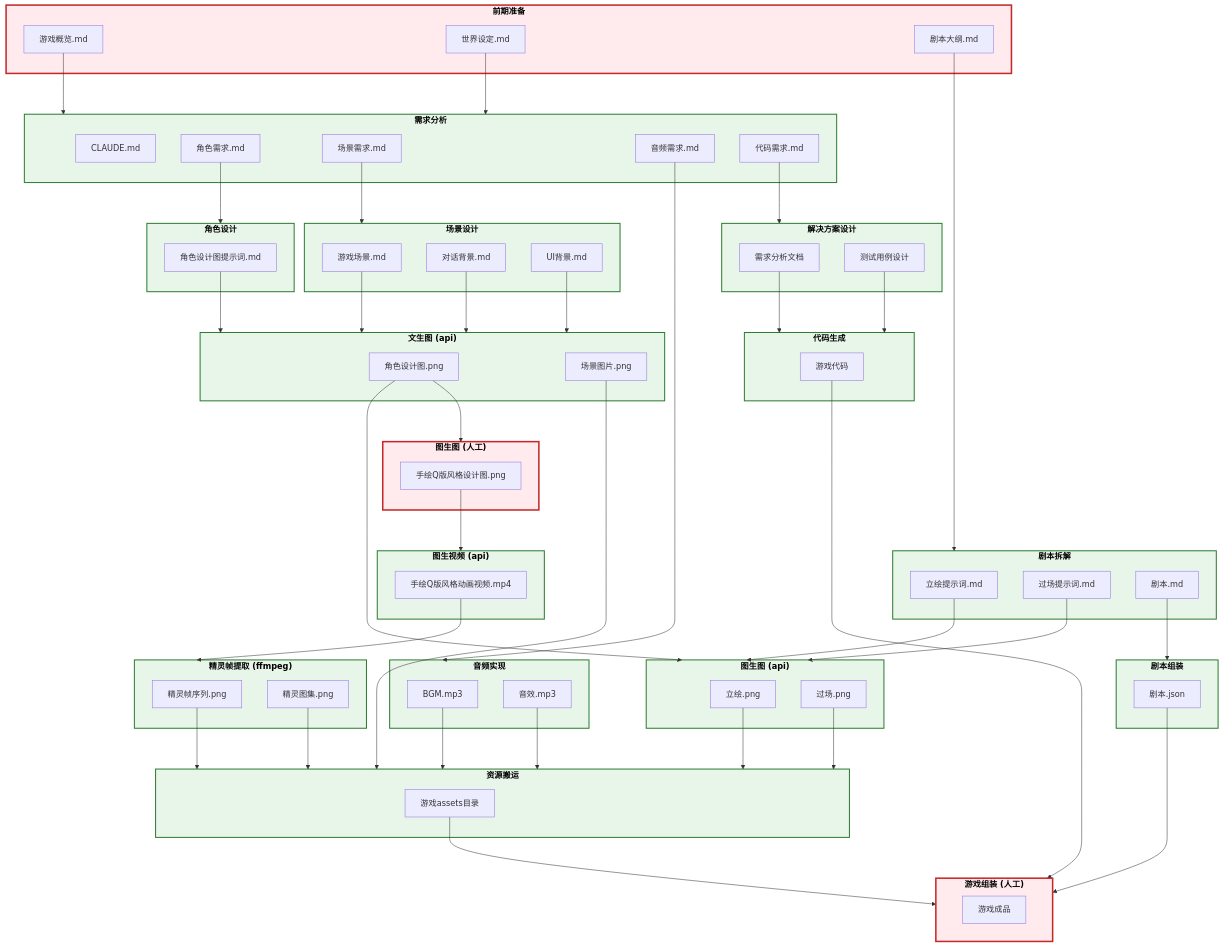
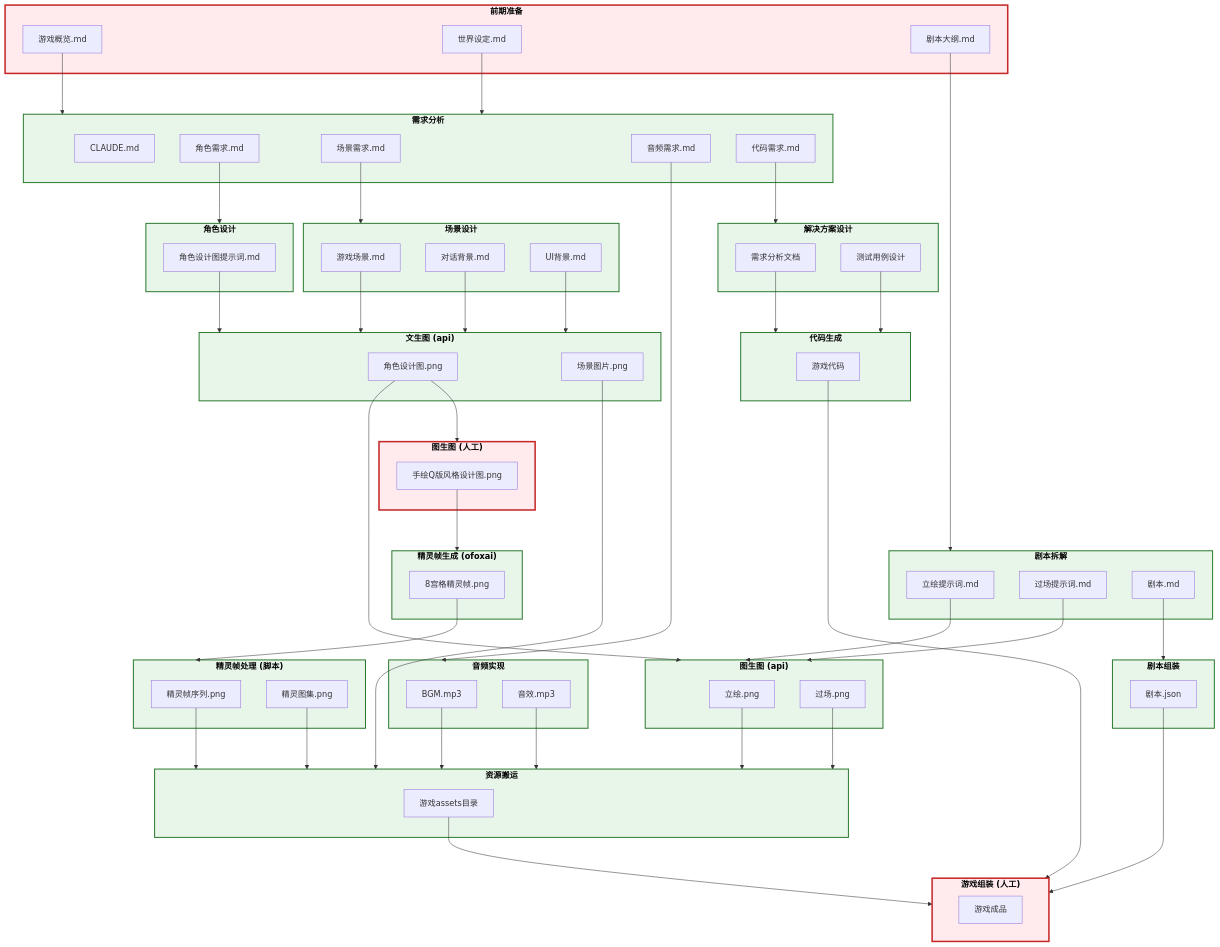
One commit to CrazyJinn/AllCopper changed the diagram in README.md. Above: the diagram before and after it, drawn with Mermaid. The commit also changed other lines of this file and 337 other files, not shown here.

Commit message:
feat: 完成全部战斗场景图片生成(80张)，更新工作流与资源管理

````diff
--- a/README.md
+++ b/README.md
@@ -61,13 +61,13 @@
         S9O1[手绘Q版风格设计图.png]
     end
 
-    %% ========== 图生视频(api) ==========
-    subgraph 图生视频api["<b>图生视频 (api)</b>"]
-        S10O1[手绘Q版风格动画视频.mp4]
+    %% ========== 精灵帧生成(api) ==========
+    subgraph 精灵帧生成api["<b>精灵帧生成 (ofoxai)</b>"]
+        S10O1[8宫格精灵帧.png]
     end
 
-    %% ========== 精灵帧提取 ==========
-    subgraph 精灵帧提取["<b>精灵帧提取 (ffmpeg)</b>"]
+    %% ========== 精灵帧处理 ==========
+    subgraph 精灵帧处理["<b>精灵帧处理 (脚本)</b>"]
         S11O1[精灵帧序列.png]
         S11O2[精灵图集.png]
     end
@@ -111,8 +111,8 @@
 
     S7O1 --> 图生图人工
 
-    S9O1 --> 图生视频api
-    S10O1 --> 精灵帧提取
+    S9O1 --> 精灵帧生成api
+    S10O1 --> 精灵帧处理
 
     S1O4 --> 音频实现
 
@@ -128,5 +128,5 @@
     classDef auto fill:#e8f5e9,stroke:#2e7d32,stroke-width:2px,color:#000
 
     class 前期准备,图生图人工,游戏组装 manual
-    class 需求分析,剧本拆解,角色设计,场景设计,解决方案设计,音频实现,代码生成,剧本组装,文生图api,图生图api,图生视频api,精灵帧提取,资源搬运 auto
+    class 需求分析,剧本拆解,角色设计,场景设计,解决方案设计,音频实现,代码生成,剧本组装,文生图api,图生图api,精灵帧生成api,精灵帧处理,资源搬运 auto
 ```
````
